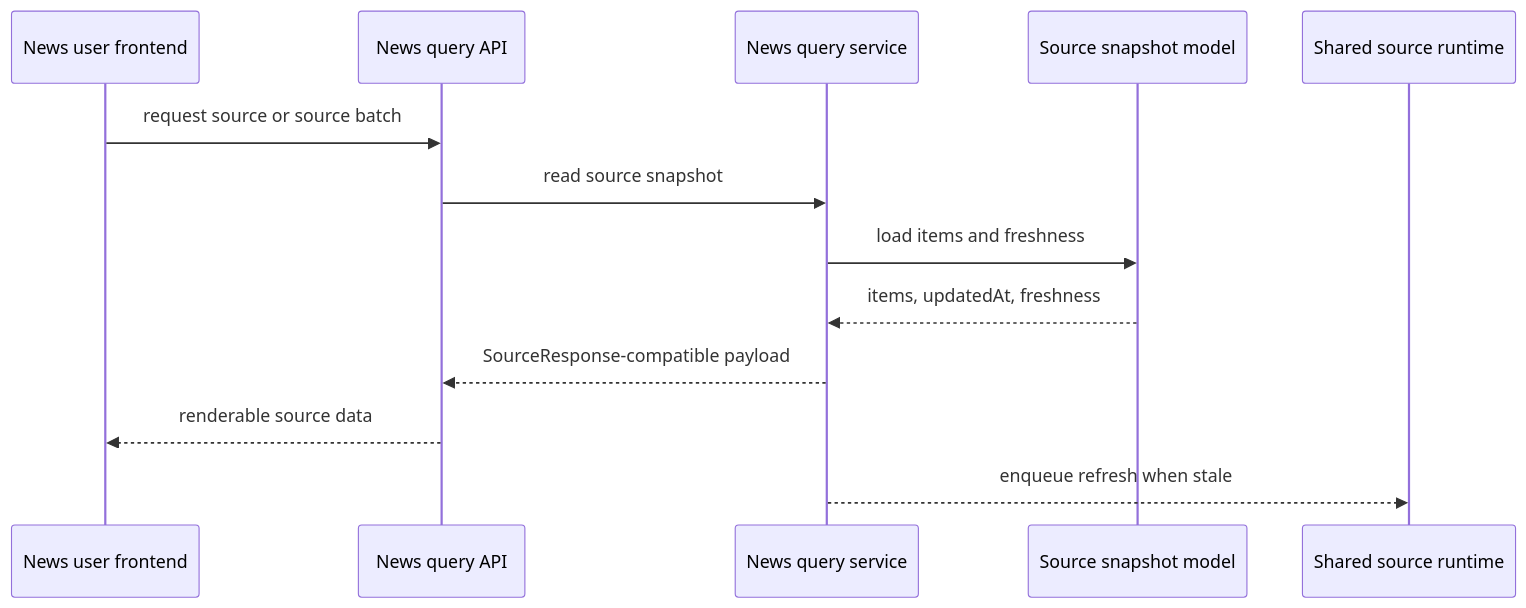
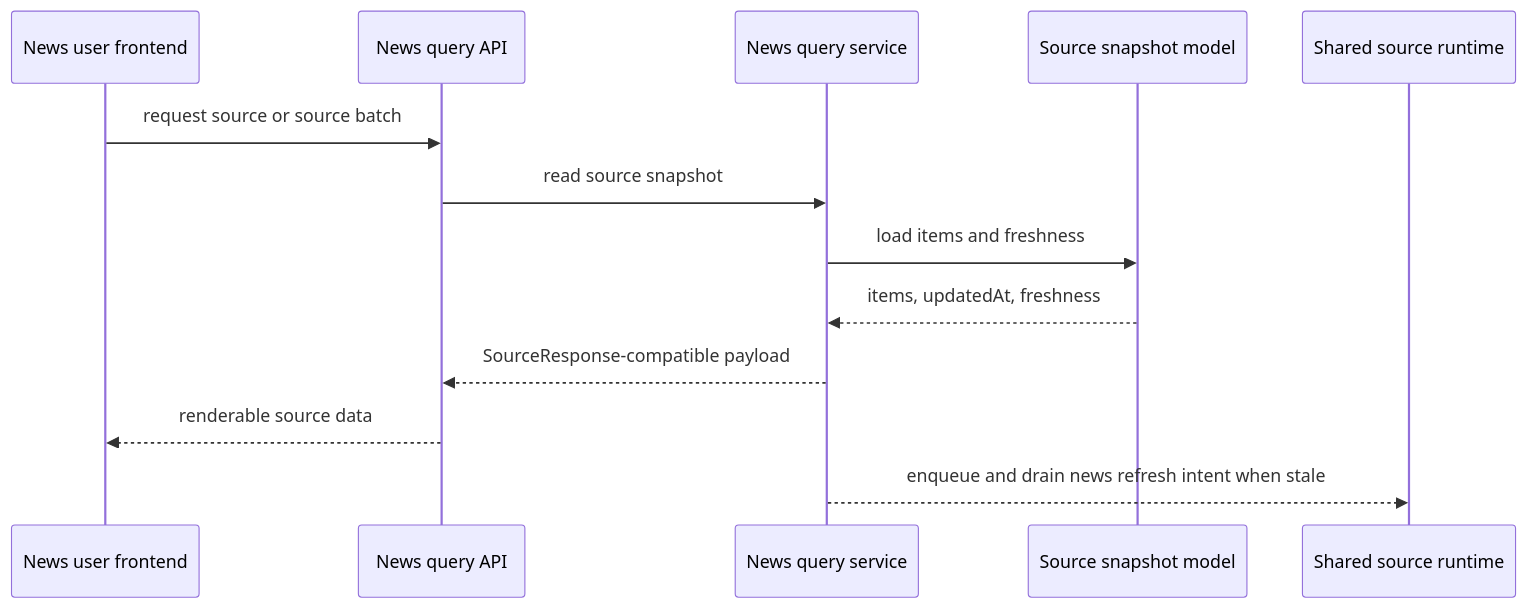
The seventh of 10 diagrams in docs/backlog/20260424-newsnow-surface-performance-rearchitecture/technical-design.md (CNZSMJ/newsnow), drawn with Mermaid before and after one commit. The commit also changed other lines of this file and 13 other files, not shown here.

Commit message:
fix: close performance rearchitecture review gaps

````diff
--- a/docs/backlog/20260424-newsnow-surface-performance-rearchitecture/technical-design.md
+++ b/docs/backlog/20260424-newsnow-surface-performance-rearchitecture/technical-design.md
@@ -507,16 +507,16 @@
 ```mermaid
 sequenceDiagram
   participant User as News user frontend
   participant API as News query API
   participant Query as News query service
   participant Snapshot as Source snapshot model
   participant Runtime as Shared source runtime
 
   User->>API: request source or source batch
   API->>Query: read source snapshot
   Query->>Snapshot: load items and freshness
   Snapshot-->>Query: items, updatedAt, freshness
   Query-->>API: SourceResponse-compatible payload
   API-->>User: renderable source data
-  Query-->>Runtime: enqueue refresh when stale
+  Query-->>Runtime: enqueue and drain news refresh intent when stale
 ```
````
